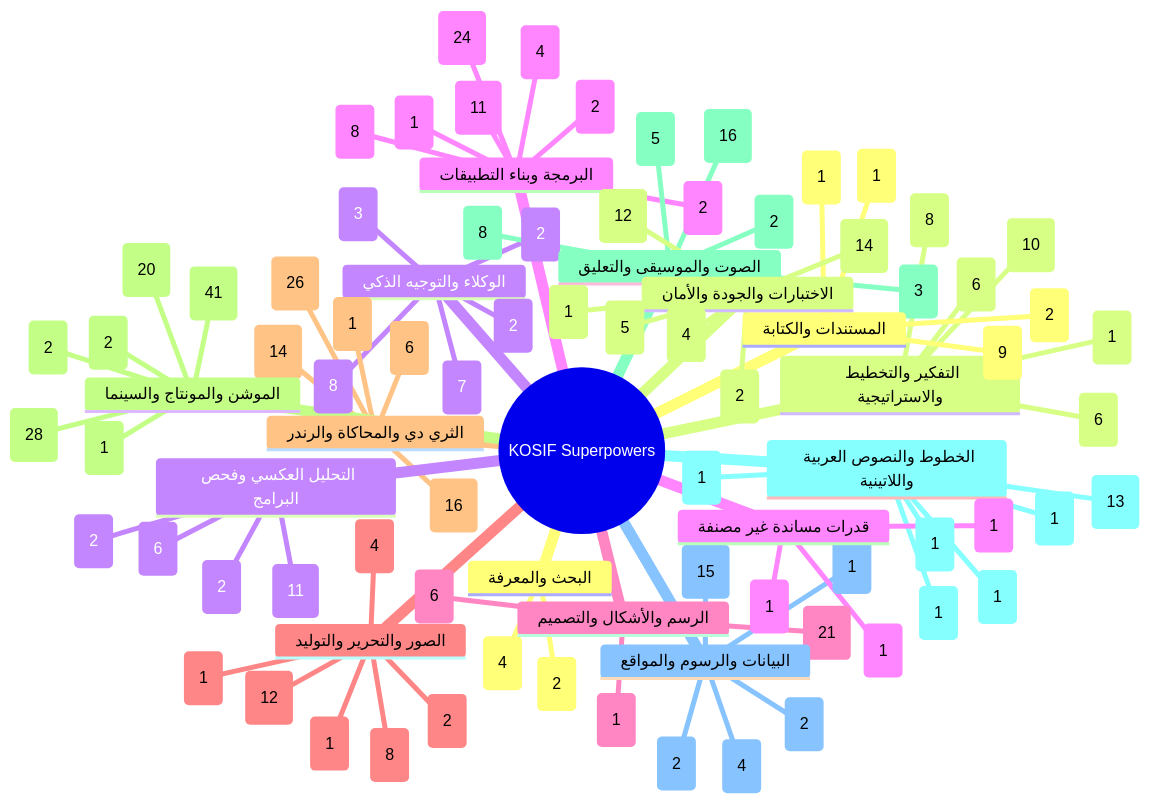
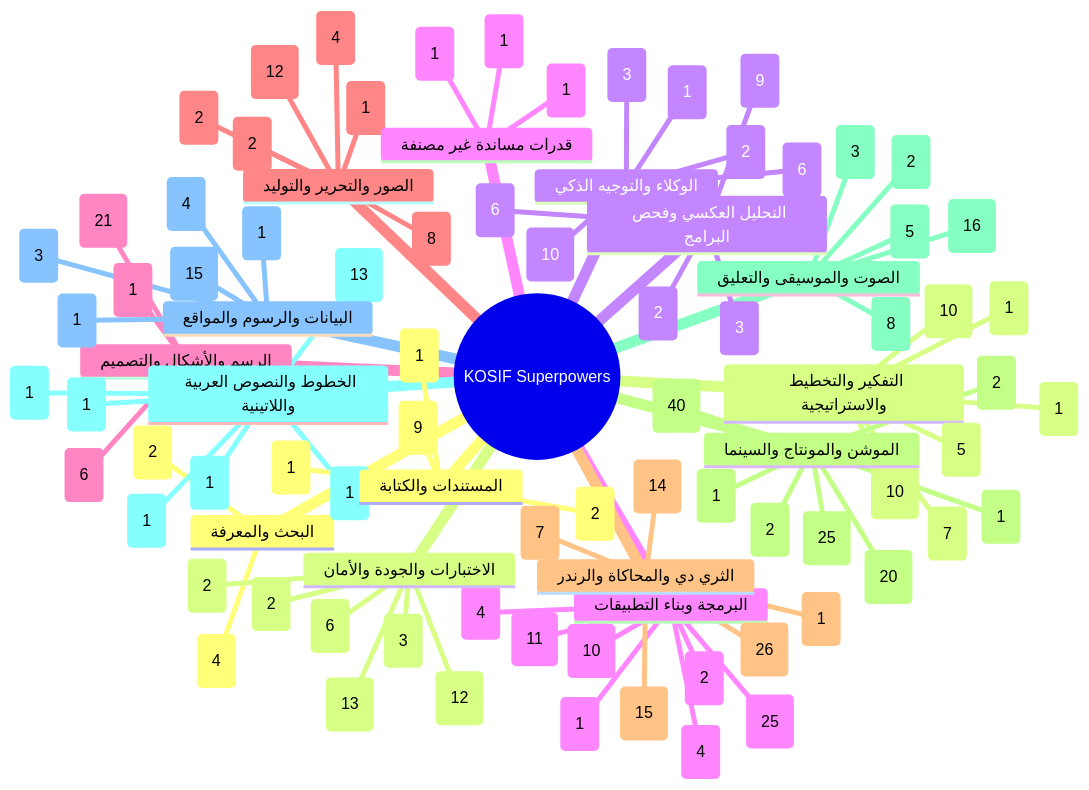
One commit to kosif199022-jpg/kosif-tool changed the first of 13 diagrams in .claude/skills/kosif-superpowers/references/capability-mindmap.md. Above: the diagram before and after it, drawn with Mermaid. The commit also changed other lines of this file and 1314 other files, not shown here.

```diff
--- a/.claude/skills/kosif-superpowers/references/capability-mindmap.md
+++ b/.claude/skills/kosif-superpowers/references/capability-mindmap.md
@@ -33,24 +33,25 @@
       افهم المادة (4)
       اصنع (2)
     التفكير والتخطيط والاستراتيجية
+      افهم المادة (5)
+      خطّط وقرّر (10)
+      اصنع (10)
+      حسّن واصقل (1)
+      جمّع وارندر (1)
+      تحقّق (7)
+    الوكلاء والتوجيه الذكي
       افهم المادة (6)
-      خطّط وقرّر (10)
-      اصنع (8)
-      جمّع وارندر (1)
-      تحقّق (6)
-    الوكلاء والتوجيه الذكي
-      افهم المادة (7)
       خطّط وقرّر (2)
-      اصنع (8)
+      اصنع (10)
       جمّع وارندر (3)
-      تحقّق (2)
+      تحقّق (1)
     البرمجة وبناء التطبيقات
       افهم المادة (11)
       خطّط وقرّر (4)
-      اصنع (24)
+      اصنع (25)
       حسّن واصقل (1)
-      جمّع وارندر (2)
-      تحقّق (8)
+      جمّع وارندر (4)
+      تحقّق (10)
       سلّم وانشر (2)
     الرسم والأشكال والتصميم
       خطّط وقرّر (1)
@@ -61,20 +62,21 @@
       خطّط وقرّر (2)
       اصنع (12)
       حسّن واصقل (8)
-      جمّع وارندر (1)
+      جمّع وارندر (2)
       سلّم وانشر (1)
     الثري دي والمحاكاة والرندر
       افهم المادة (1)
-      خطّط وقرّر (6)
+      خطّط وقرّر (7)
       اصنع (26)
       حسّن واصقل (14)
-      جمّع وارندر (16)
+      جمّع وارندر (15)
     الموشن والمونتاج والسينما
-      افهم المادة (2)
+      افهم المادة (1)
       خطّط وقرّر (20)
-      اصنع (41)
-      حسّن واصقل (28)
-      جمّع وارندر (1)
+      اصنع (40)
+      حسّن واصقل (25)
+      جمّع وارندر (2)
+      تحقّق (1)
       سلّم وانشر (2)
     الصوت والموسيقى والتعليق
       افهم المادة (3)
@@ -90,26 +92,26 @@
       تحقّق (1)
       سلّم وانشر (1)
     البيانات والرسوم والمواقع
-      افهم المادة (2)
-      خطّط وقرّر (2)
+      افهم المادة (3)
+      خطّط وقرّر (1)
       اصنع (15)
       حسّن واصقل (4)
       جمّع وارندر (1)
     المستندات والكتابة
       افهم المادة (2)
+      خطّط وقرّر (1)
       اصنع (9)
-      تحقّق (1)
       سلّم وانشر (1)
     الاختبارات والجودة والأمان
       افهم المادة (12)
-      خطّط وقرّر (1)
-      اصنع (5)
-      حسّن واصقل (4)
+      خطّط وقرّر (2)
+      اصنع (6)
+      حسّن واصقل (3)
       جمّع وارندر (2)
-      تحقّق (14)
+      تحقّق (13)
     التحليل العكسي وفحص البرامج
-      افهم المادة (11)
-      خطّط وقرّر (2)
+      افهم المادة (9)
+      خطّط وقرّر (3)
       اصنع (2)
       جمّع وارندر (6)
     قدرات مساندة غير مصنفة
```
